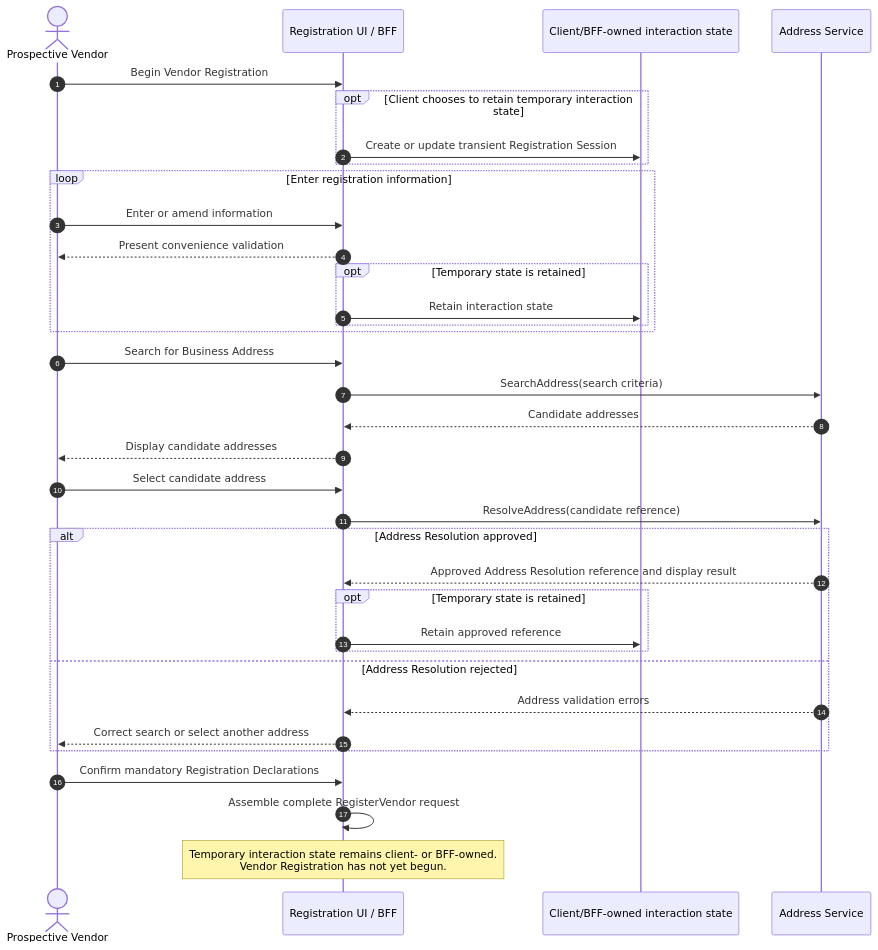
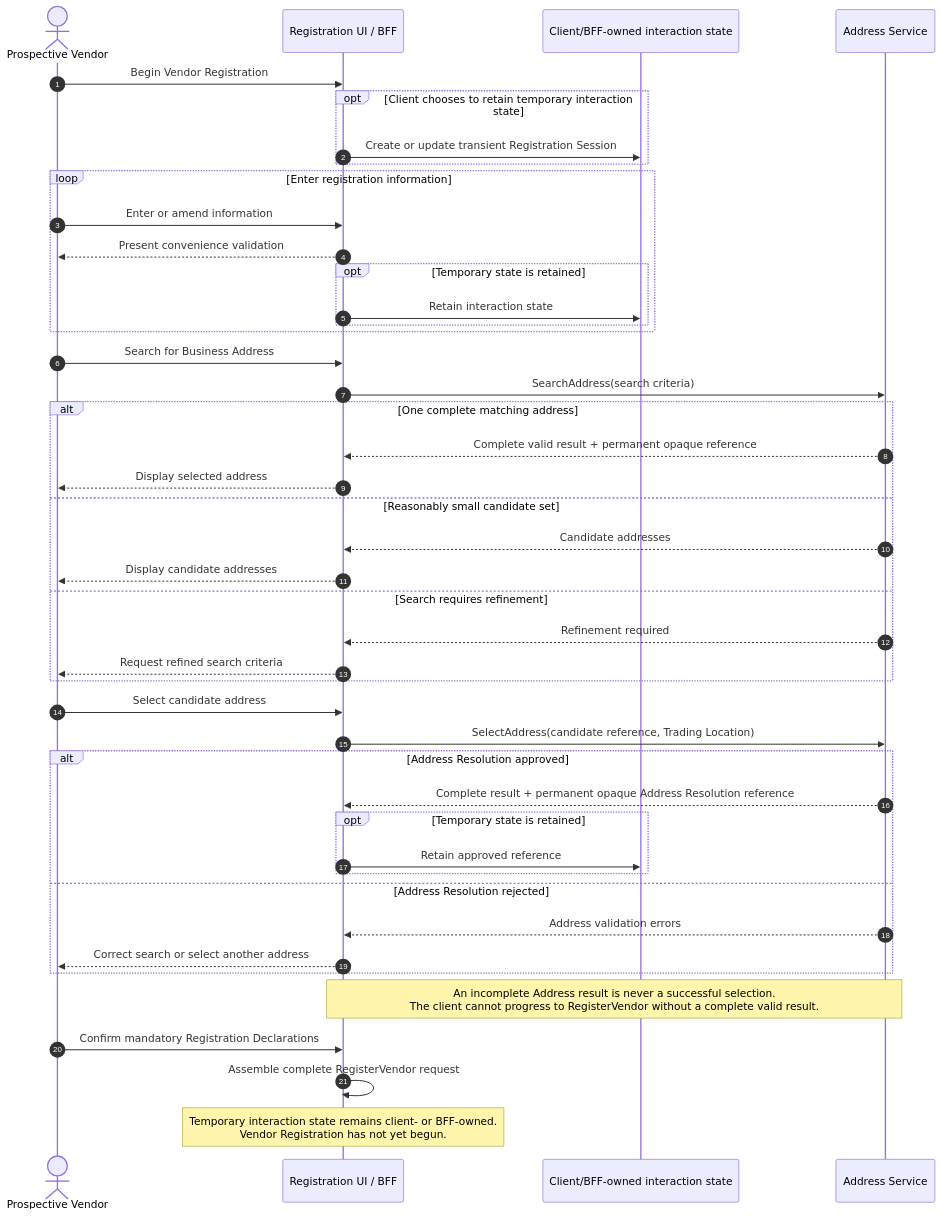
The first of 7 diagrams in docs/architecture/HJ-105 - Vendor Registration Sequence Diagram.md (Joasties/HotJoes), drawn with Mermaid before and after one commit. The commit also changed other lines of this file and 141 other files, not shown here.

````diff
--- a/docs/architecture/HJ-105 - Vendor Registration Sequence Diagram.md
+++ b/docs/architecture/HJ-105 - Vendor Registration Sequence Diagram.md
@@ -162,42 +167,52 @@
 ```mermaid
 sequenceDiagram
     autonumber
     actor Applicant as Prospective Vendor
     participant Client as Registration UI / BFF
     participant LocalState as Client/BFF-owned interaction state
     participant Address as Address Service
 
     Applicant->>Client: Begin Vendor Registration
     opt Client chooses to retain temporary interaction state
         Client->>LocalState: Create or update transient Registration Session
     end
 
     loop Enter registration information
         Applicant->>Client: Enter or amend information
         Client-->>Applicant: Present convenience validation
         opt Temporary state is retained
             Client->>LocalState: Retain interaction state
         end
     end
 
     Applicant->>Client: Search for Business Address
     Client->>Address: SearchAddress(search criteria)
-    Address-->>Client: Candidate addresses
-    Client-->>Applicant: Display candidate addresses
+    alt One complete matching address
+        Address-->>Client: Complete valid result + permanent opaque reference
+        Client-->>Applicant: Display selected address
+    else Reasonably small candidate set
+        Address-->>Client: Candidate addresses
+        Client-->>Applicant: Display candidate addresses
+    else Search requires refinement
+        Address-->>Client: Refinement required
+        Client-->>Applicant: Request refined search criteria
+    end
 
     Applicant->>Client: Select candidate address
-    Client->>Address: ResolveAddress(candidate reference)
+    Client->>Address: SelectAddress(candidate reference, Trading Location)
     alt Address Resolution approved
-        Address-->>Client: Approved Address Resolution reference and display result
+        Address-->>Client: Complete result + permanent opaque Address Resolution reference
         opt Temporary state is retained
             Client->>LocalState: Retain approved reference
         end
     else Address Resolution rejected
         Address-->>Client: Address validation errors
         Client-->>Applicant: Correct search or select another address
     end
 
+    Note over Client,Address: An incomplete Address result is never a successful selection.<br/>The client cannot progress to RegisterVendor without a complete valid result.
+
     Applicant->>Client: Confirm mandatory Registration Declarations
     Client->>Client: Assemble complete RegisterVendor request
     Note over Client: Temporary interaction state remains client- or BFF-owned.<br/>Vendor Registration has not yet begun.
 ```
````
